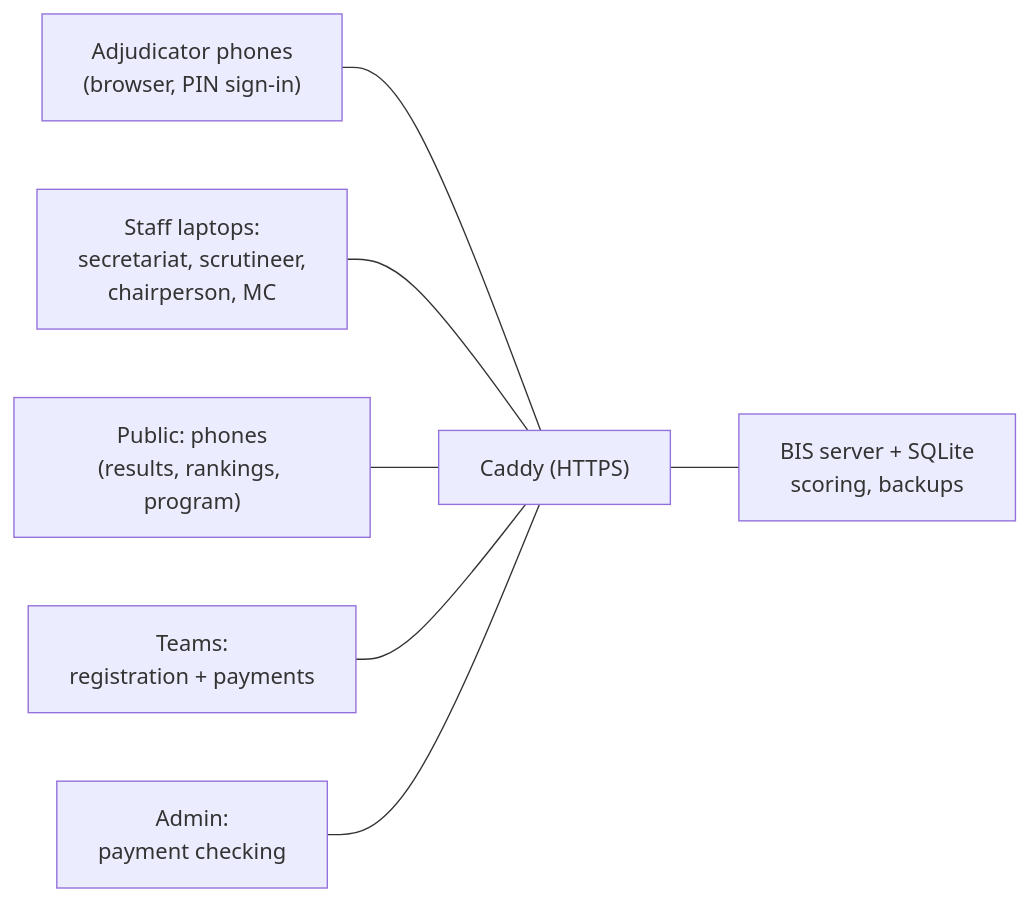
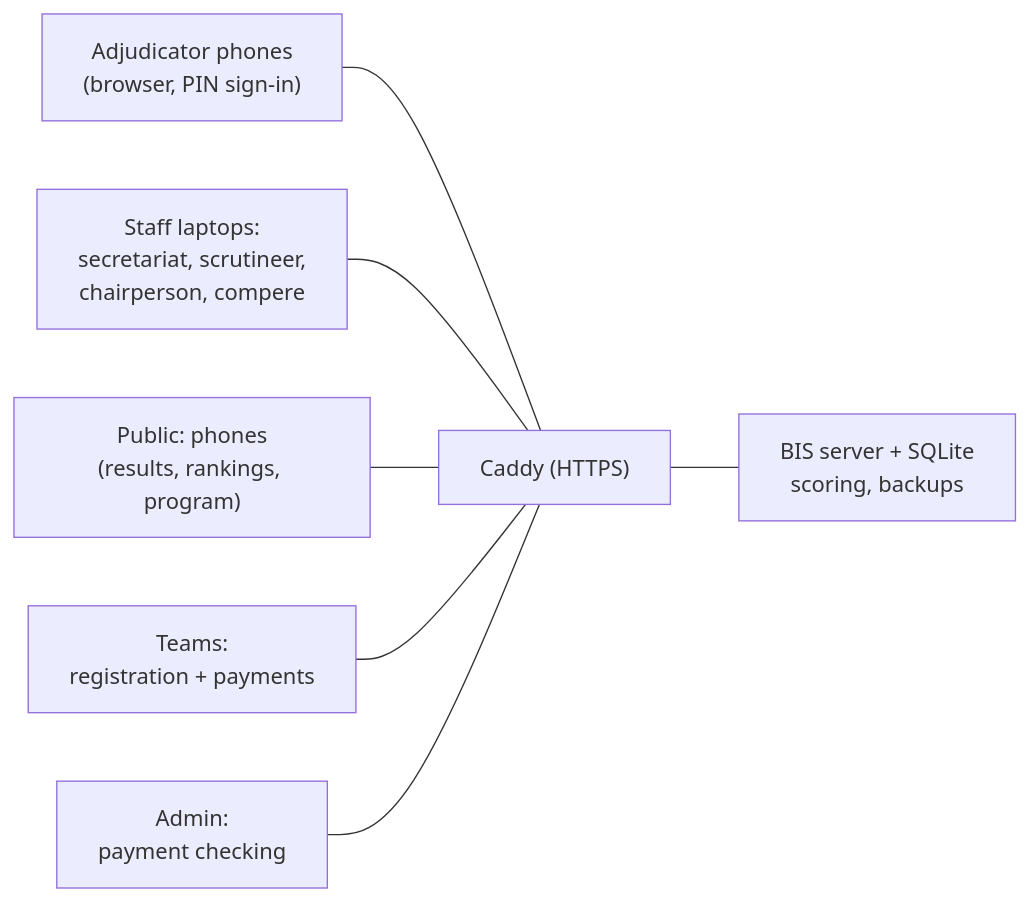
The first of 2 diagrams in docs/build/BUILD_README.md (tuf-fi/Scrutineering-Dancesport-System), drawn with Mermaid before and after one commit. The commit also changed other lines of this file and 71 other files, not shown here.

````diff
--- a/docs/build/BUILD_README.md
+++ b/docs/build/BUILD_README.md
@@ -30,16 +30,16 @@
 ```mermaid
 flowchart LR
   P["Adjudicator phones<br/>(browser, PIN sign-in)"]
-  L["Staff laptops:<br/>secretariat, scrutineer,<br/>chairperson, MC"]
+  L["Staff laptops:<br/>secretariat, scrutineer,<br/>chairperson, compere"]
   S["Public: phones<br/>(results, rankings, program)"]
   G["Teams:<br/>registration + payments"]
   A["Admin:<br/>payment checking"]
   C["Caddy (HTTPS)"]
   B["BIS server + SQLite<br/>scoring, backups"]
   P --- C
   L --- C
   S --- C
   G --- C
   A --- C
   C --- B
 ```
````
